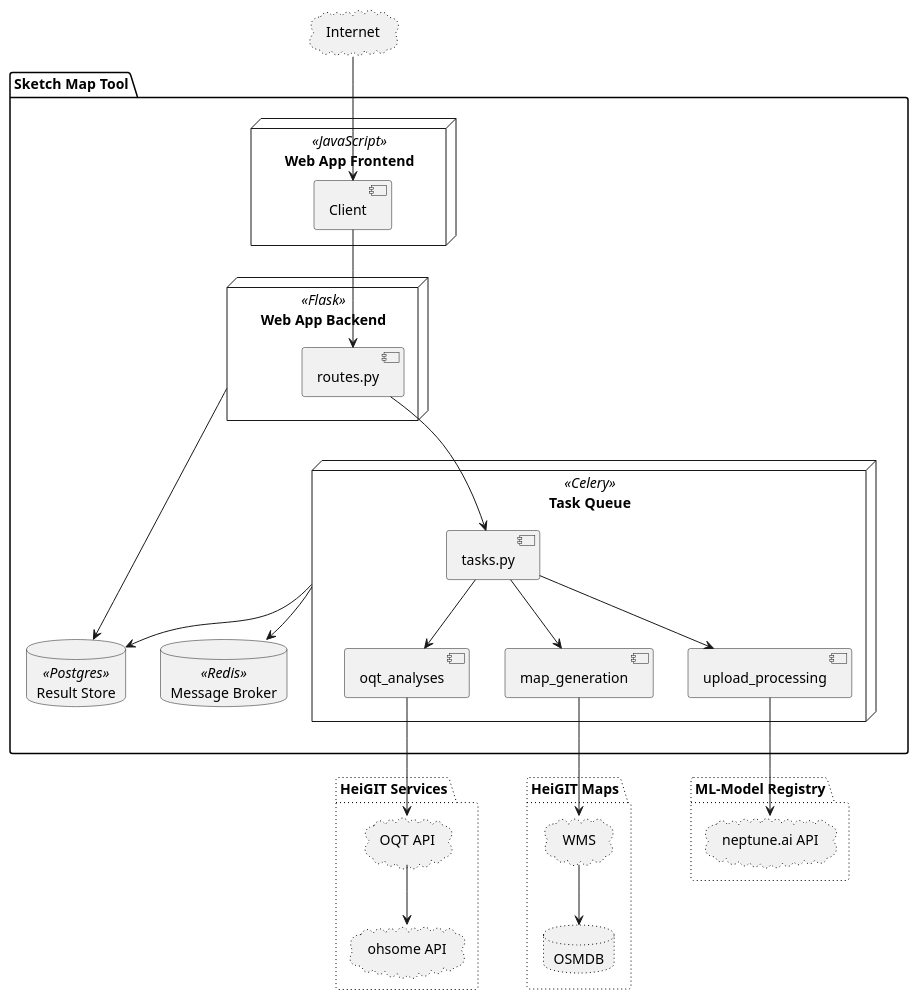
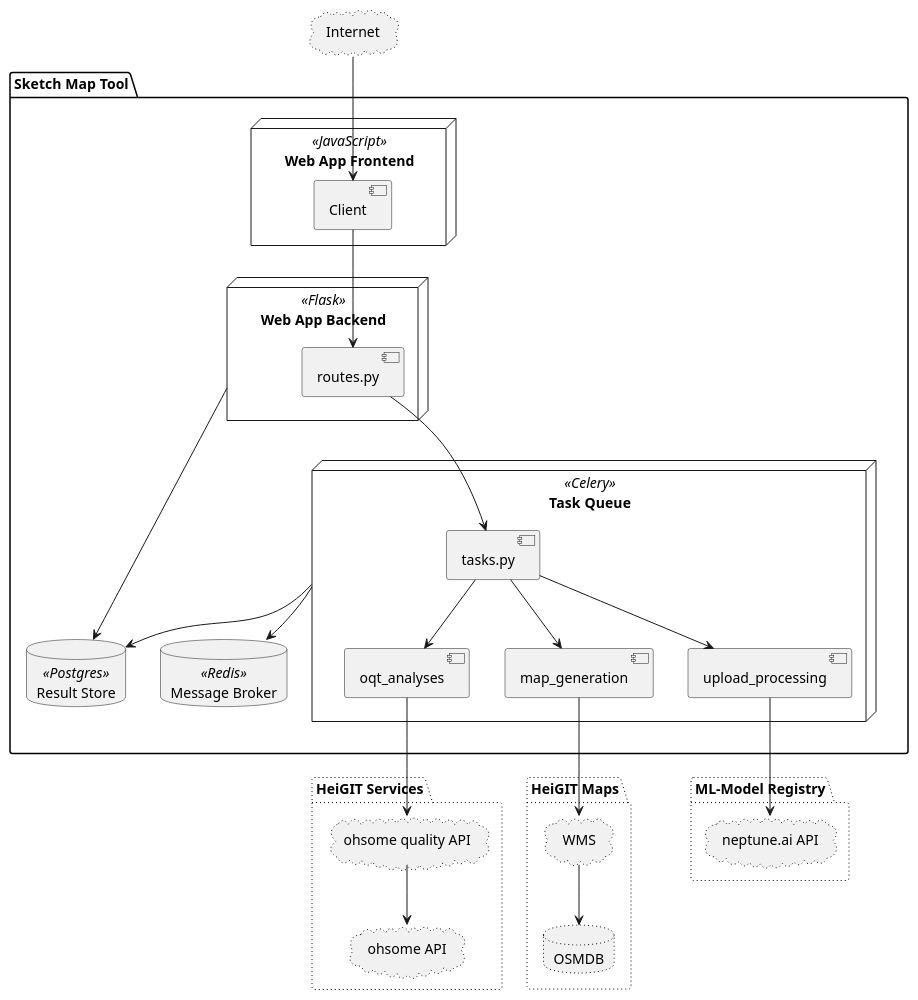
The diagram in docs/component-diagram.puml (GIScience/sketch-map-tool), drawn with PlantUML before and after one commit. The commit also changed 1 other file, not shown here.

Commit message:
docs: update name of OQT in component diagram

```diff
--- a/docs/component-diagram.puml
+++ b/docs/component-diagram.puml
@@ -1,57 +1,57 @@
 @startuml
 package "Sketch Map Tool" {
   node webclient as "Web App Frontend" <<JavaScript>> {
       component client as "Client"
     }
 
     node flask as "Web App Backend" <<Flask>> {
         component routes.py
     }
 
     node celery as "Task Queue" <<Celery>>{
         component tasks.py
         component oqt_analyses
         component map_generation
         component upload_processing
         tasks.py --> oqt_analyses
         tasks.py --> map_generation
         tasks.py --> upload_processing
     }
 
     database postgres as "Result Store" <<Postgres>>
     database redis as "Message Broker" <<Redis>>
 
     routes.py --> tasks.py
     flask -> postgres
     celery --> redis
     celery --> postgres
     client --> routes.py
 }
 
 cloud internet as "Internet" #line.dotted
 
 package "HeiGIT Maps" #line.dotted {
     cloud wms as "WMS" #line.dotted
     database osmdb as "OSMDB" #line.dotted
 
 }
 
 package "HeiGIT Services" #line.dotted {
-    cloud oqt as "OQT API" #line.dotted
+    cloud oqt as "ohsome quality API" #line.dotted
     cloud ohsome as "ohsome API" #line.dotted
 }
 
 package "ML-Model Registry" #line.dotted {
     cloud neptune as "neptune.ai API" #line.dotted
 }
 
 internet --> client
 
 map_generation --> wms
 wms --> osmdb
 
 oqt_analyses --> oqt
 oqt --> ohsome
 
 upload_processing --> neptune
 @enduml
```
